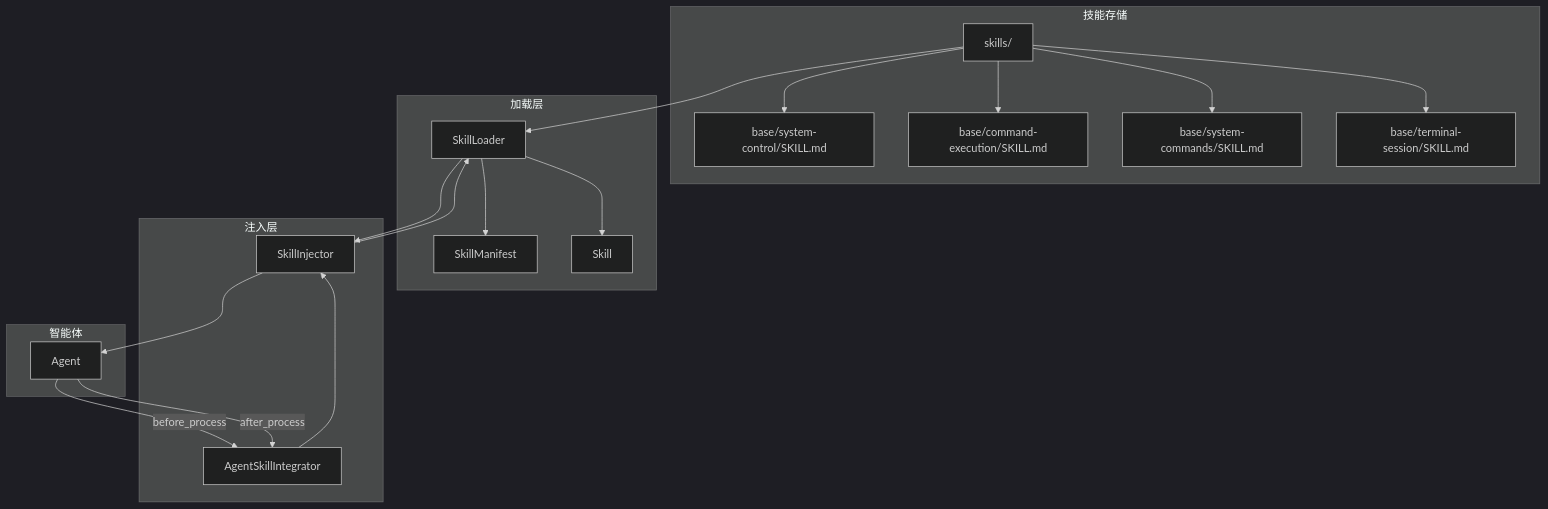
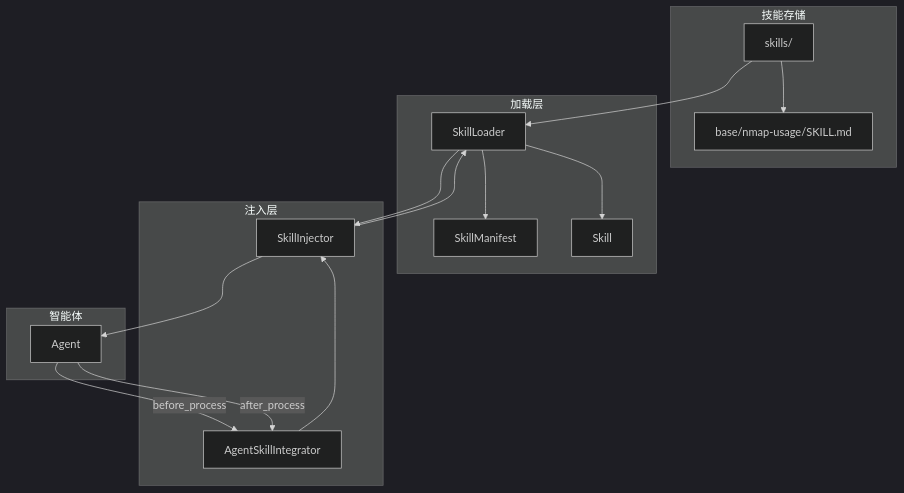
Before and after one commit to iammm0/secbot: the second of 6 diagrams in .qoder/repowiki/zh/content/技能与记忆系统/技能管理系统/技能管理系统.md, drawn with Mermaid (dark theme). The commit also changed other lines of this file and 47 other files, not shown here.

````diff
--- a/.qoder/repowiki/zh/content/技能与记忆系统/技能管理系统/技能管理系统.md
+++ b/.qoder/repowiki/zh/content/技能与记忆系统/技能管理系统/技能管理系统.md
@@ -115,35 +90,29 @@
 ```mermaid
 graph TB
 subgraph "技能存储"
 SD["skills/"]
-SK1["base/system-control/SKILL.md"]
-SK2["base/command-execution/SKILL.md"]
-SK3["base/system-commands/SKILL.md"]
-SK4["base/terminal-session/SKILL.md"]
+SK1["base/nmap-usage/SKILL.md"]
 SD --> SK1
-SD --> SK2
-SD --> SK3
-SD --> SK4
 end
 subgraph "加载层"
 SL["SkillLoader"]
 SM["SkillManifest"]
 SK["Skill"]
 SL --> SM
 SL --> SK
 end
 subgraph "注入层"
 SI["SkillInjector"]
 AGI["AgentSkillIntegrator"]
 SI --> SL
 AGI --> SI
 end
 subgraph "智能体"
 AG["Agent"]
 AG --> |"before_process"| AGI
 AG --> |"after_process"| AGI
 end
 SD --> SL
 SL --> SI
 SI --> AG
 ```
````
